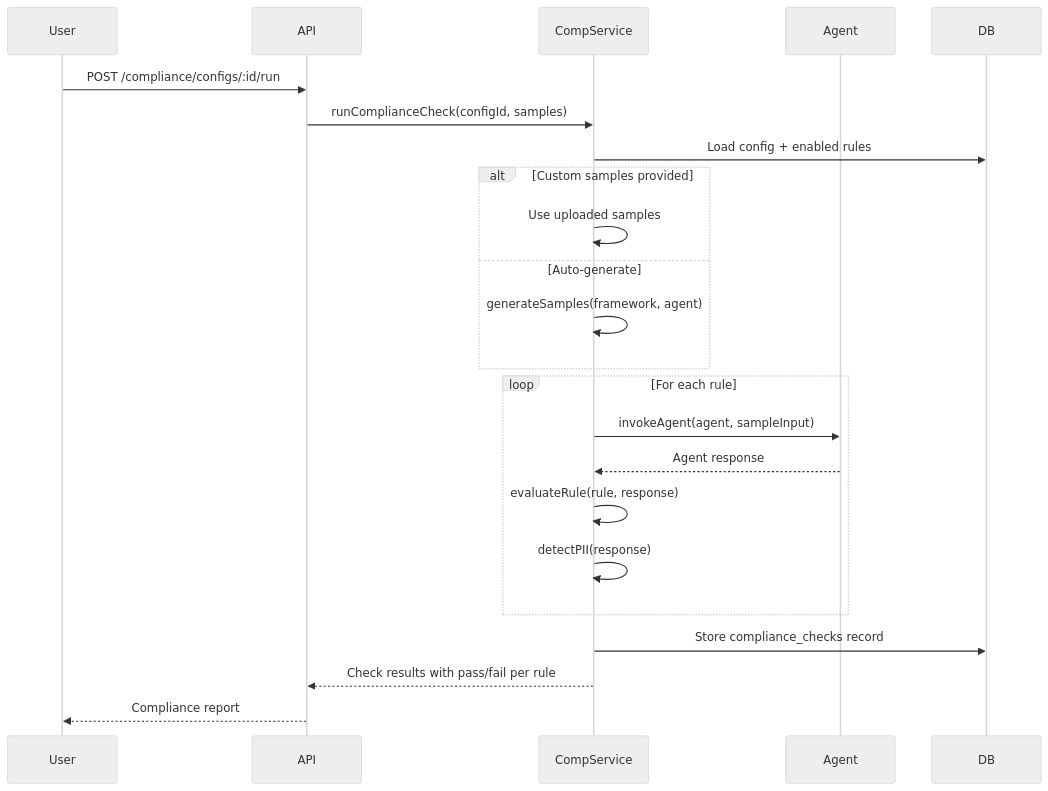
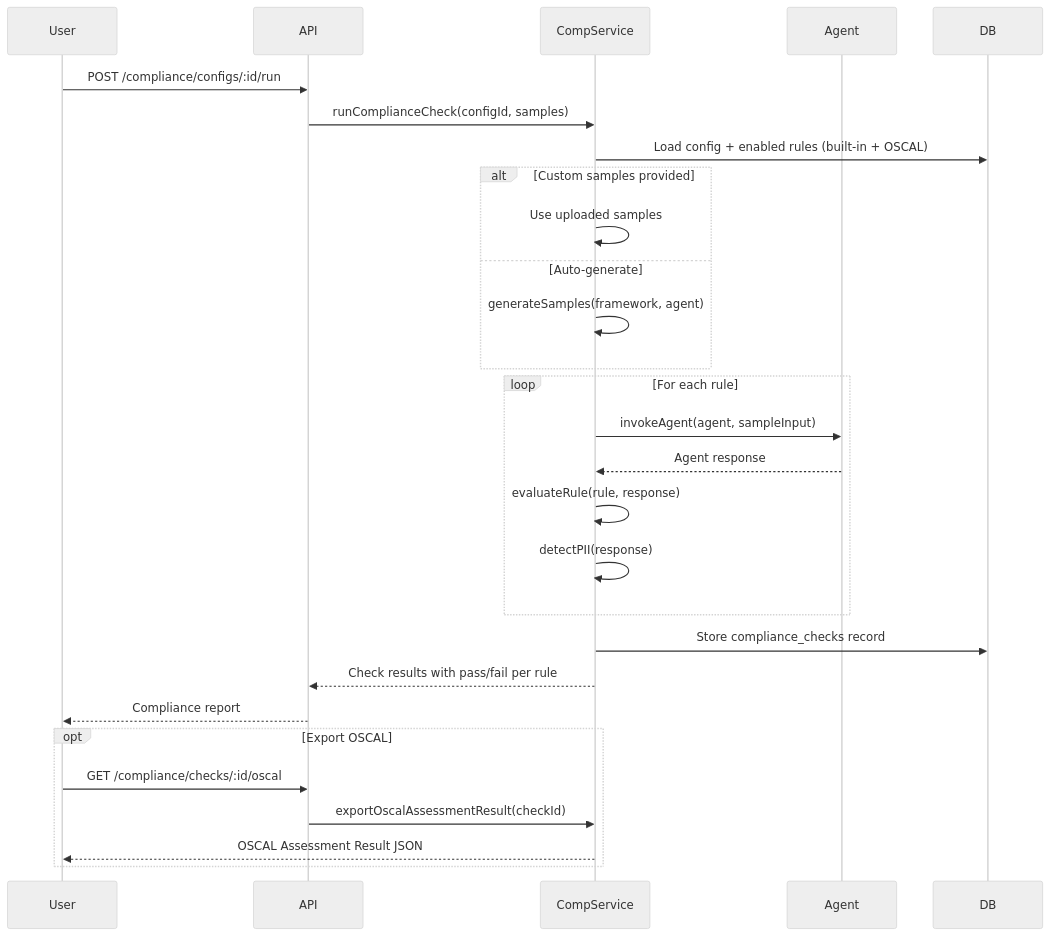
The second of 2 diagrams in docs/features/compliance-engine.md (nelait/agentshield-dashboard), drawn with Mermaid (neutral theme) before and after one commit. The commit also changed other lines of this file and 7 other files, not shown here.

````diff
--- a/docs/features/compliance-engine.md
+++ b/docs/features/compliance-engine.md
@@ -139,29 +285,35 @@
 ```mermaid
 sequenceDiagram
   participant User
   participant API
   participant CompService
   participant Agent
   participant DB
 
   User->>API: POST /compliance/configs/:id/run
   API->>CompService: runComplianceCheck(configId, samples)
-  CompService->>DB: Load config + enabled rules
+  CompService->>DB: Load config + enabled rules (built-in + OSCAL)
   
   alt Custom samples provided
     CompService->>CompService: Use uploaded samples
   else Auto-generate
     CompService->>CompService: generateSamples(framework, agent)
   end
 
   loop For each rule
     CompService->>Agent: invokeAgent(agent, sampleInput)
     Agent-->>CompService: Agent response
     CompService->>CompService: evaluateRule(rule, response)
     CompService->>CompService: detectPII(response)
   end
 
   CompService->>DB: Store compliance_checks record
   CompService-->>API: Check results with pass/fail per rule
   API-->>User: Compliance report
+
+  opt Export OSCAL
+    User->>API: GET /compliance/checks/:id/oscal
+    API->>CompService: exportOscalAssessmentResult(checkId)
+    CompService-->>User: OSCAL Assessment Result JSON
+  end
 ```
````
